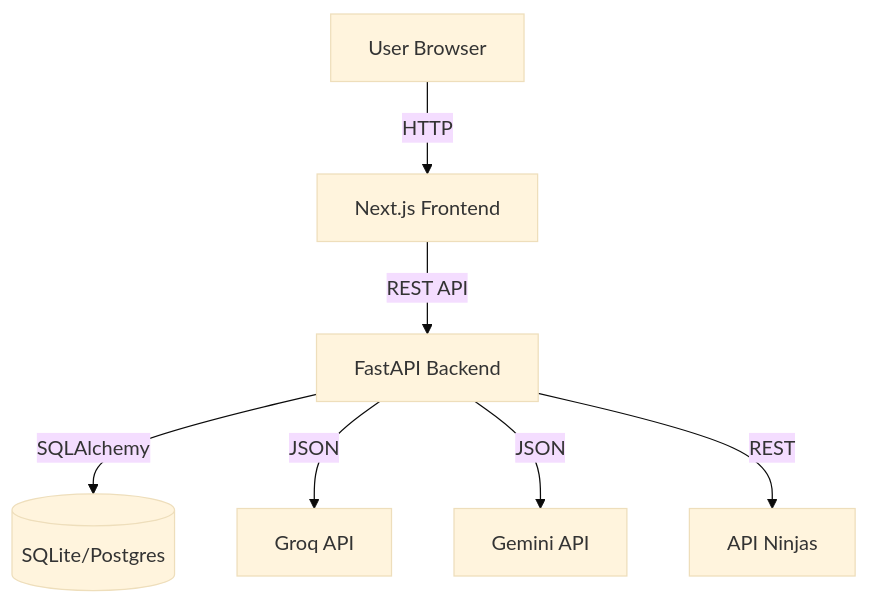
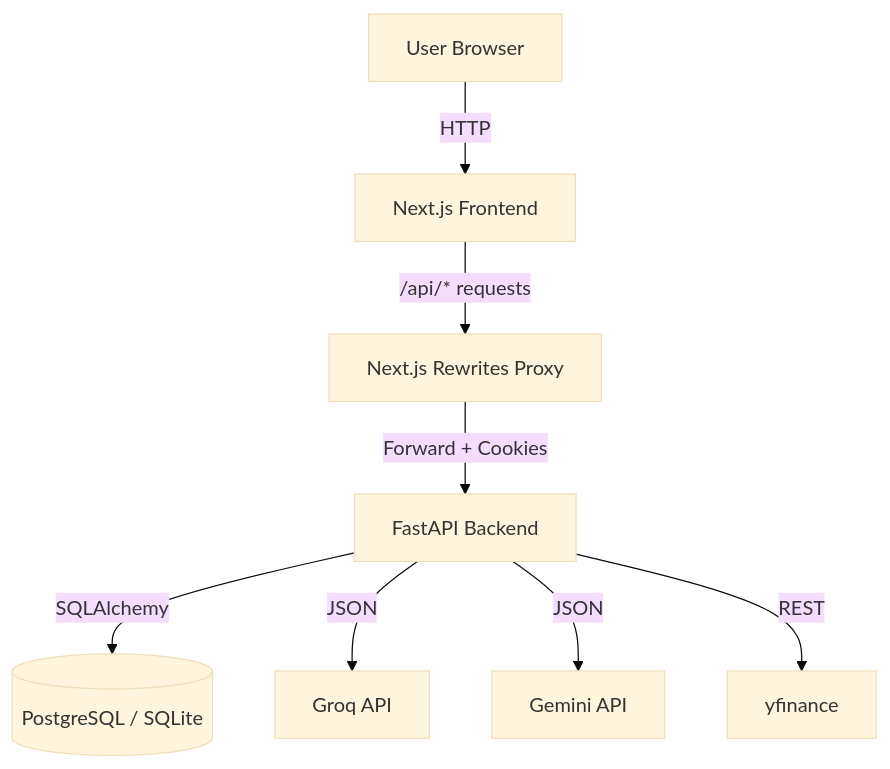
One commit to vinayakm-93/vinsight changed the diagram in docs/ARCHITECTURE.md. Above: the diagram before and after it, drawn with Mermaid (base theme). The commit also changed other lines of this file and 3 other files, not shown here.

````diff
--- a/docs/ARCHITECTURE.md
+++ b/docs/ARCHITECTURE.md
@@ -7,17 +7,19 @@
 ```mermaid
 graph TD
     User[User Browser]
     FE[Next.js Frontend]
+    Proxy[Next.js Rewrites Proxy]
     BE[FastAPI Backend]
-    DB[(SQLite/Postgres)]
+    DB[(PostgreSQL / SQLite)]
     AI1[Groq API]
     AI2[Gemini API]
-    Data[API Ninjas]
+    Data[yfinance]
 
     User -->|HTTP| FE
-    FE -->|REST API| BE
+    FE -->|/api/* requests| Proxy
+    Proxy -->|Forward + Cookies| BE
     BE -->|SQLAlchemy| DB
     BE -->|JSON| AI1
     BE -->|JSON| AI2
     BE -->|REST| Data
 ```
````
